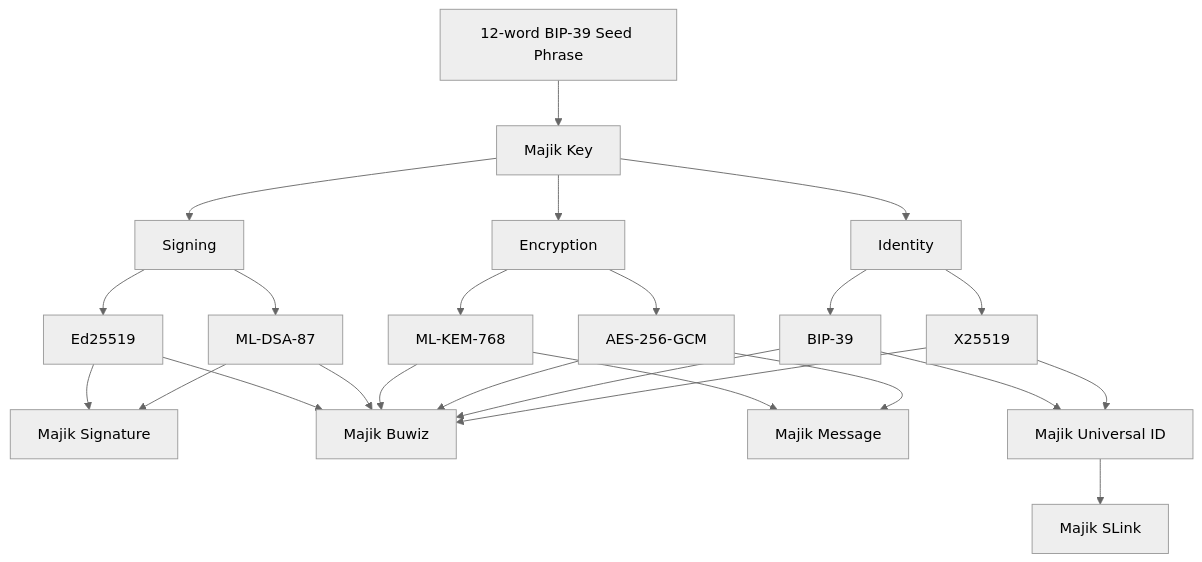
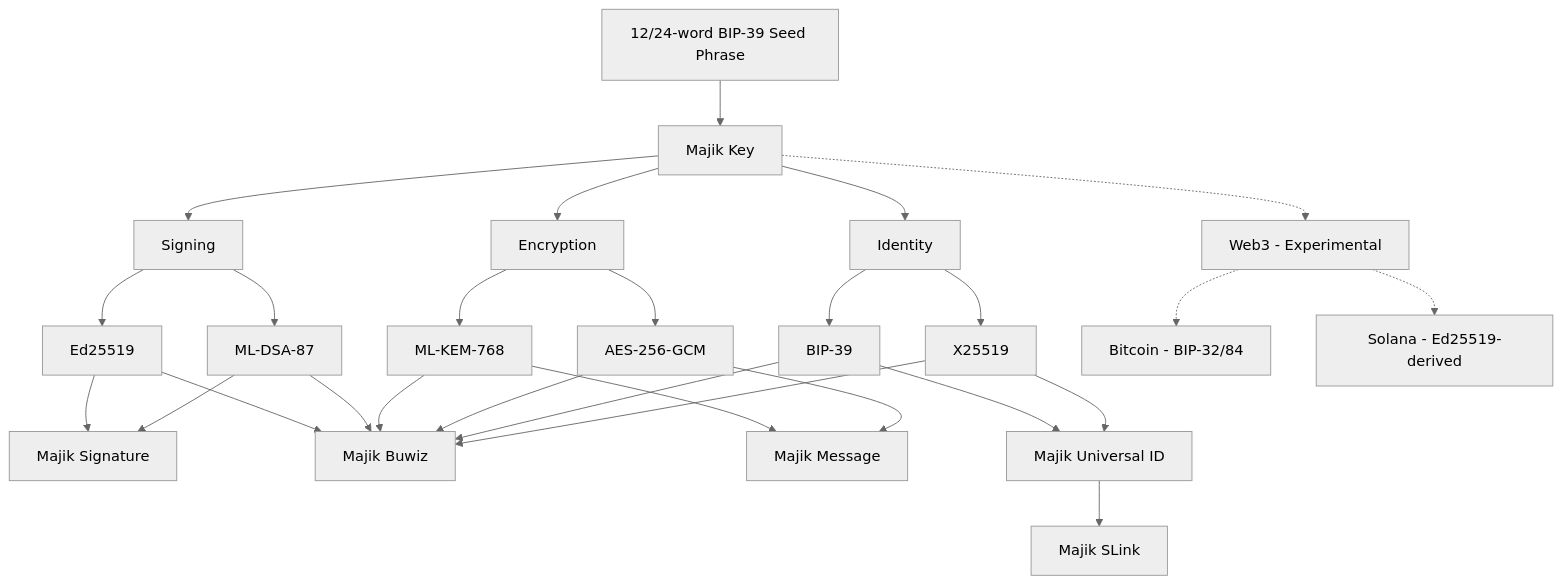
Before and after one commit to Majikah/.github: the diagram in profile/README.md, drawn with Mermaid (neutral theme).

````diff
--- a/profile/README.md
+++ b/profile/README.md
@@ -36,39 +36,44 @@
 ```mermaid
 flowchart TD
-    A[12-word BIP-39 Seed Phrase] --> B[Majik Key]
+    A[12/24-word BIP-39 Seed Phrase] --> B[Majik Key]
 
     %% Signing branch
     B --> S[Signing]
     S --> S1[Ed25519]
     S --> S2[ML-DSA-87]
 
     %% Encryption branch
     B --> E[Encryption]
     E --> E1[ML-KEM-768]
     E --> E2[AES-256-GCM]
 
     %% Identity branch
     B --> I[Identity]
     I --> I1[BIP-39]
     I --> I2[X25519]
 
+    %% Experimental Web3 branch
+    B -.-> W[Web3 - Experimental]
+    W -.-> W1[Bitcoin - BIP-32/84]
+    W -.-> W2[Solana - Ed25519-derived]
+
     %% Products (fan-in)
     S1 --> P1[Majik Signature]
     S2 --> P1
 
     S1 --> P2[Majik Buwiz]
     S2 --> P2
     E1 --> P2
     E2 --> P2
     I1 --> P2
     I2 --> P2
+    
 
     E1 --> P3[Majik Message]
     E2 --> P3
 
     I1 --> P4[Majik Universal ID]
     I2 --> P4
 
     P4 --> P5[Majik SLink]
-
 ```
````
